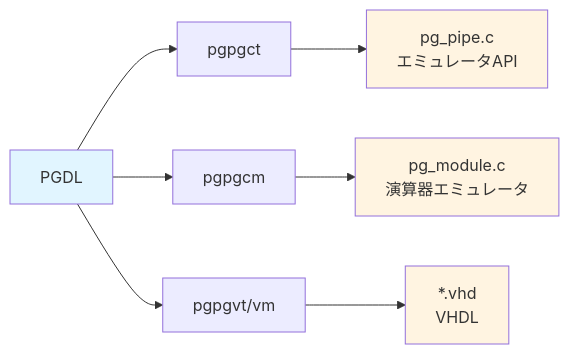
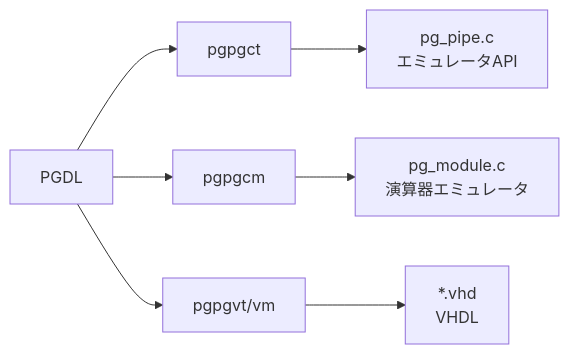
Before and after one commit to thamada/pgpg: the diagram in README.md, drawn with Mermaid.

Commit message:
README: Mermaid コンパイルフロー図からスタイル指定を削除

````diff
--- a/README.md
+++ b/README.md
@@ -123,14 +123,9 @@
 ```mermaid
 flowchart LR
     A[PGDL] --> B[pgpgct]
     A --> C[pgpgcm]
     A --> D[pgpgvt/vm]
     B --> E[pg_pipe.c<br/>エミュレータAPI]
     C --> F[pg_module.c<br/>演算器エミュレータ]
     D --> G[*.vhd<br/>VHDL]
-    
-    style A fill:#e1f5ff
-    style E fill:#fff4e1
-    style F fill:#fff4e1
-    style G fill:#fff4e1
 ```
````
